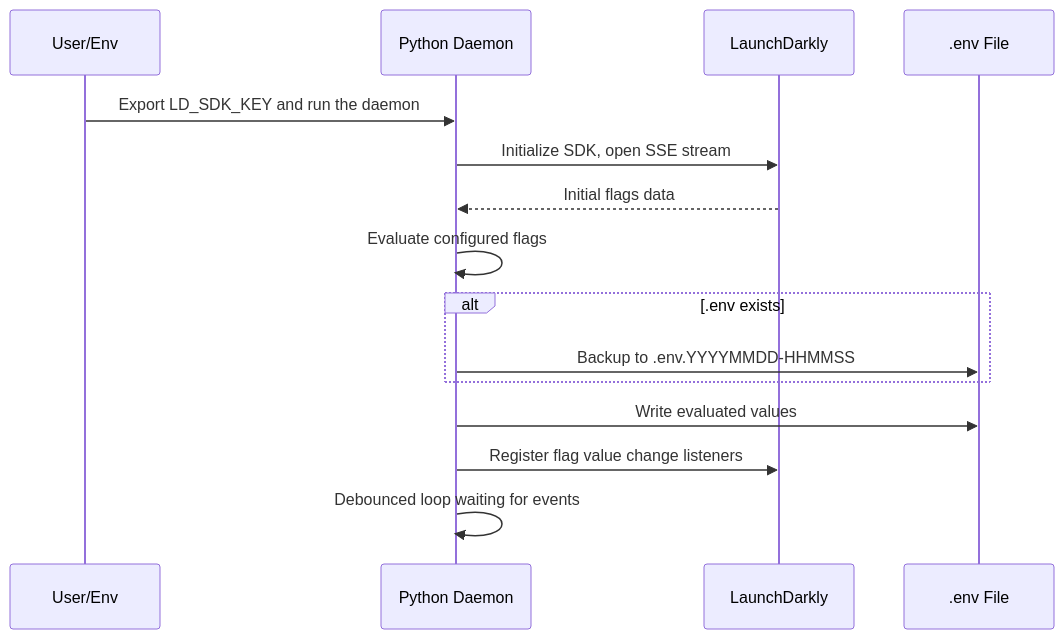
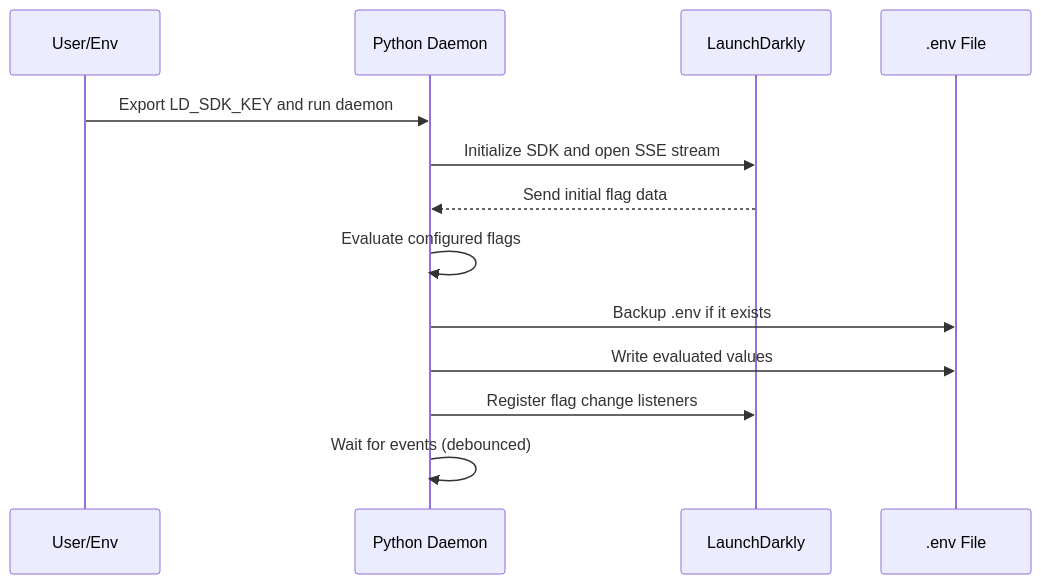
The second of 3 diagrams in README.md (TanSiHao/infra-remote-config-daemon), drawn with Mermaid before and after one commit. The commit also changed other lines of this file, not shown here.

Commit message:
docs: simplify Mermaid sequence syntax to fix parsing errors

````diff
--- a/README.md
+++ b/README.md
@@ -86,17 +86,15 @@
 ```mermaid
 sequenceDiagram
   participant U as User/Env
   participant D as Python Daemon
   participant LD as LaunchDarkly
   participant F as .env File
-  U->>D: Export LD_SDK_KEY and run the daemon
-  D->>LD: Initialize SDK, open SSE stream
-  LD-->>D: Initial flags data
+  U->>D: Export LD_SDK_KEY and run daemon
+  D->>LD: Initialize SDK and open SSE stream
+  LD-->>D: Send initial flag data
   D->>D: Evaluate configured flags
-  alt .env exists
-    D->>F: Backup to .env.YYYYMMDD-HHMMSS
-  end
+  D->>F: Backup .env if it exists
   D->>F: Write evaluated values
-  D->>LD: Register flag value change listeners
-  D->>D: Debounced loop waiting for events
+  D->>LD: Register flag change listeners
+  D->>D: Wait for events (debounced)
 ```
````
